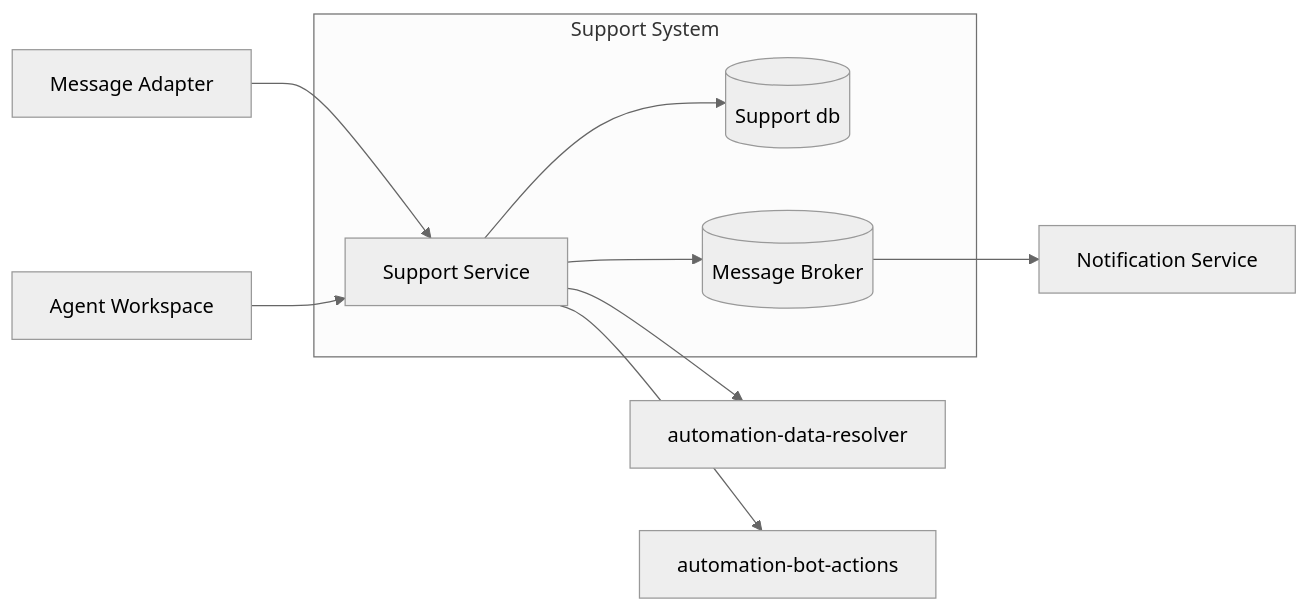
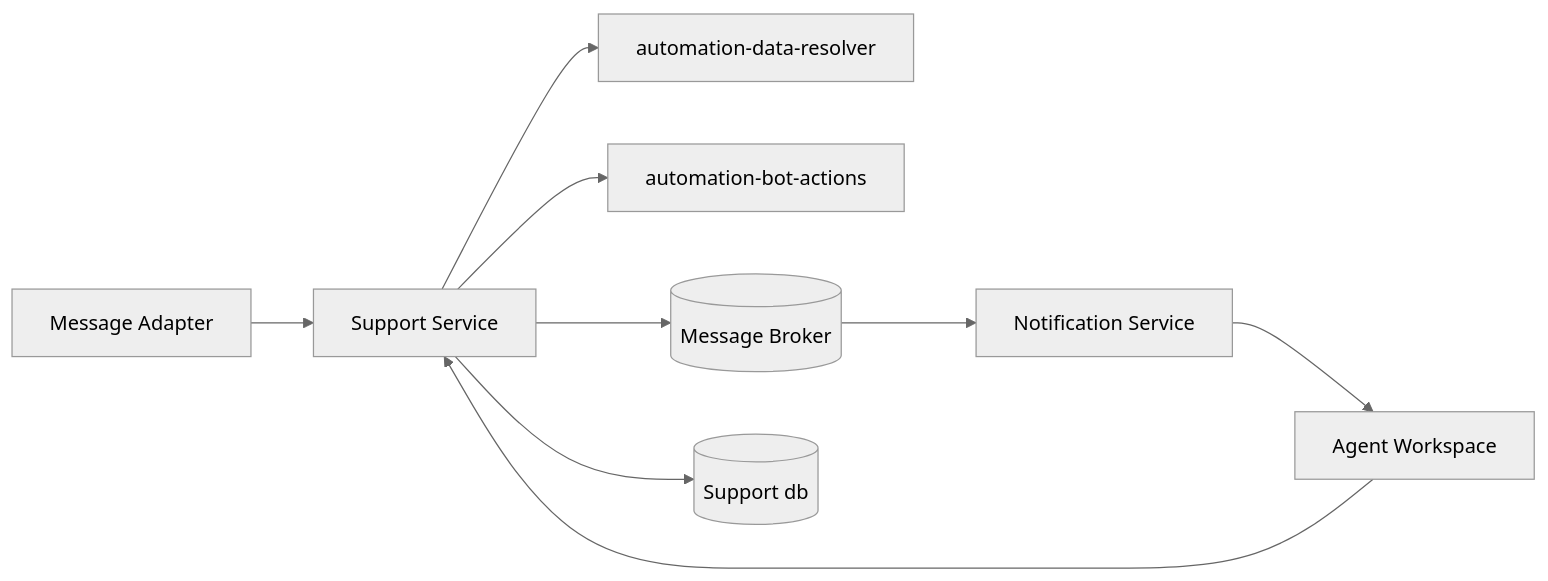
The second of 4 diagrams in lab-1.md (Desnn1ch/OOPlabs), drawn with Mermaid (neutral theme) before and after one commit. The commit also changed other lines of this file, not shown here.

````diff
--- a/lab-1.md
+++ b/lab-1.md
@@ -161,22 +145,20 @@
 ```mermaid
 flowchart LR
     input[Message Adapter]
     webagent[Agent Workspace]
     data[automation-data-resolver]
     actions[automation-bot-actions]
+    broker[(Message Broker)]
     notification[Notification Service]
-
-    subgraph Support System
-        suport[Support Service]
-        db[(Support db)]
-        broker[(Message Broker)]
-    end
+    suport[Support Service]
+    db[(Support db)]
 
     input --> suport
     webagent --> suport
     suport --> db
     suport --> data
     suport --> actions
     suport --> broker
     broker --> notification
+    notification --> webagent
 ```
````
